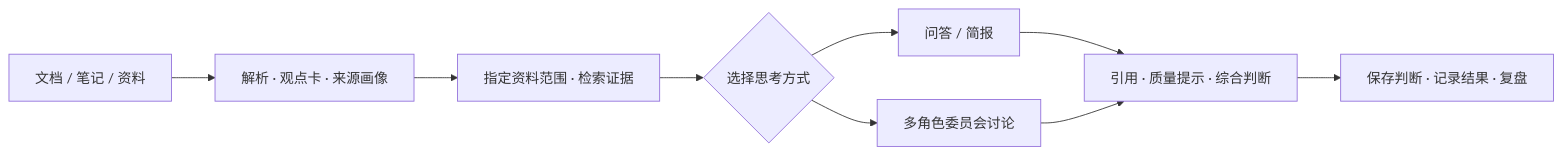
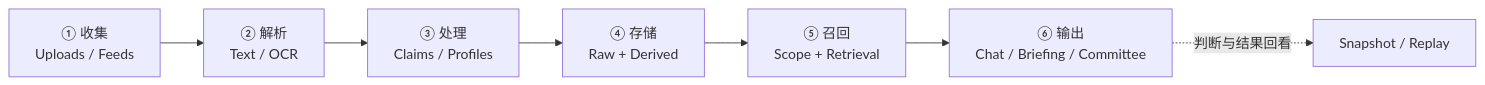
One commit to Gdnbit/thinkroom changed the diagram in README.md. Above: the diagram before and after it, drawn with Mermaid. The commit also changed other lines of this file and 8 other files, not shown here.

````diff
--- a/README.md
+++ b/README.md
@@ -31,11 +39,9 @@
 ```mermaid
 flowchart LR
-    A["文档 / 笔记 / 资料"] --> B["解析 · 观点卡 · 来源画像"]
-    B --> C["指定资料范围 · 检索证据"]
-    C --> D{"选择思考方式"}
-    D --> E["问答 / 简报"]
-    D --> F["多角色委员会讨论"]
-    E --> G["引用 · 质量提示 · 综合判断"]
-    F --> G
-    G --> H["保存判断 · 记录结果 · 复盘"]
+    A["① 收集<br/>Uploads / Feeds"] --> B["② 解析<br/>Text / OCR"]
+    B --> C["③ 处理<br/>Claims / Profiles"]
+    C --> D["④ 存储<br/>Raw + Derived"]
+    D --> E["⑤ 召回<br/>Scope + Retrieval"]
+    E --> F["⑥ 输出<br/>Chat / Briefing / Committee"]
+    F -. "判断与结果回看" .-> G["Snapshot / Replay"]
 ```
````
